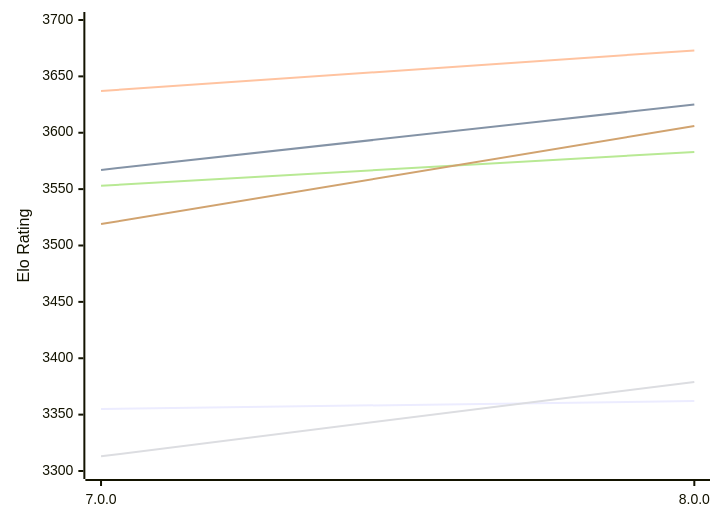
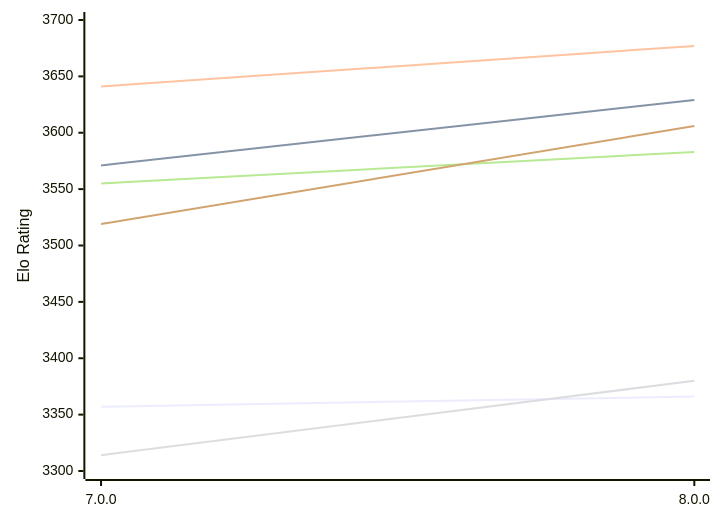
The first of 2 diagrams in engines/Stormphrax.md (computer-chess-index/cci), drawn with Mermaid before and after one commit. The commit also changed other lines of this file, not shown here.

Commit message:
Update CCI Ratings (ELO VLTC) - 2026-11-22

````diff
--- a/engines/Stormphrax.md
+++ b/engines/Stormphrax.md
@@ -52,12 +52,12 @@
 ```mermaid
 %%{init: {"theme":"base","themeVariables":{"seriesColors:['#a3a3a3','#222221','#faa371']}}}%%
 xychart-beta
   x-axis ["7.0.0", "8.0.0"]
   y-axis "Elo Rating" 3300 --> 3700
-  line "E1: STC (8.0+0.08s)" [3355, 3362]
-  line "E1: LTC (60.0+0.60s)" [3567, 3625]
-  line "E1: VLTC (2m24s+1.12s)" [3637, 3673]
-  line "P1: STC (8.0+0.08s)" [3313, 3379]
-  line "P1: LTC (60.0+0.60s)" [3553, 3583]
+  line "E1: STC (8.0+0.08s)" [3357, 3366]
+  line "E1: LTC (60.0+0.60s)" [3571, 3629]
+  line "E1: VLTC (2m24s+1.12s)" [3641, 3677]
+  line "P1: STC (8.0+0.08s)" [3314, 3380]
+  line "P1: LTC (60.0+0.60s)" [3555, 3583]
   line "P1: VLTC (2m24s+1.12s)" [3519, 3606]
 ```
````
